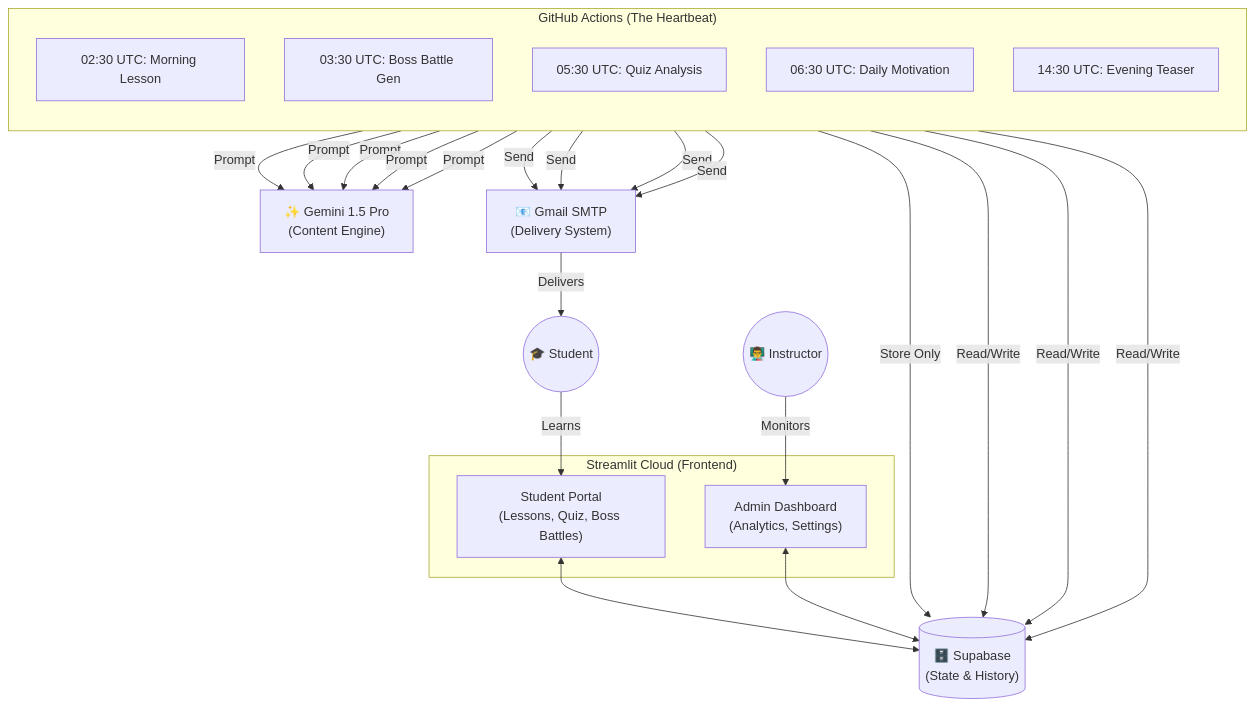
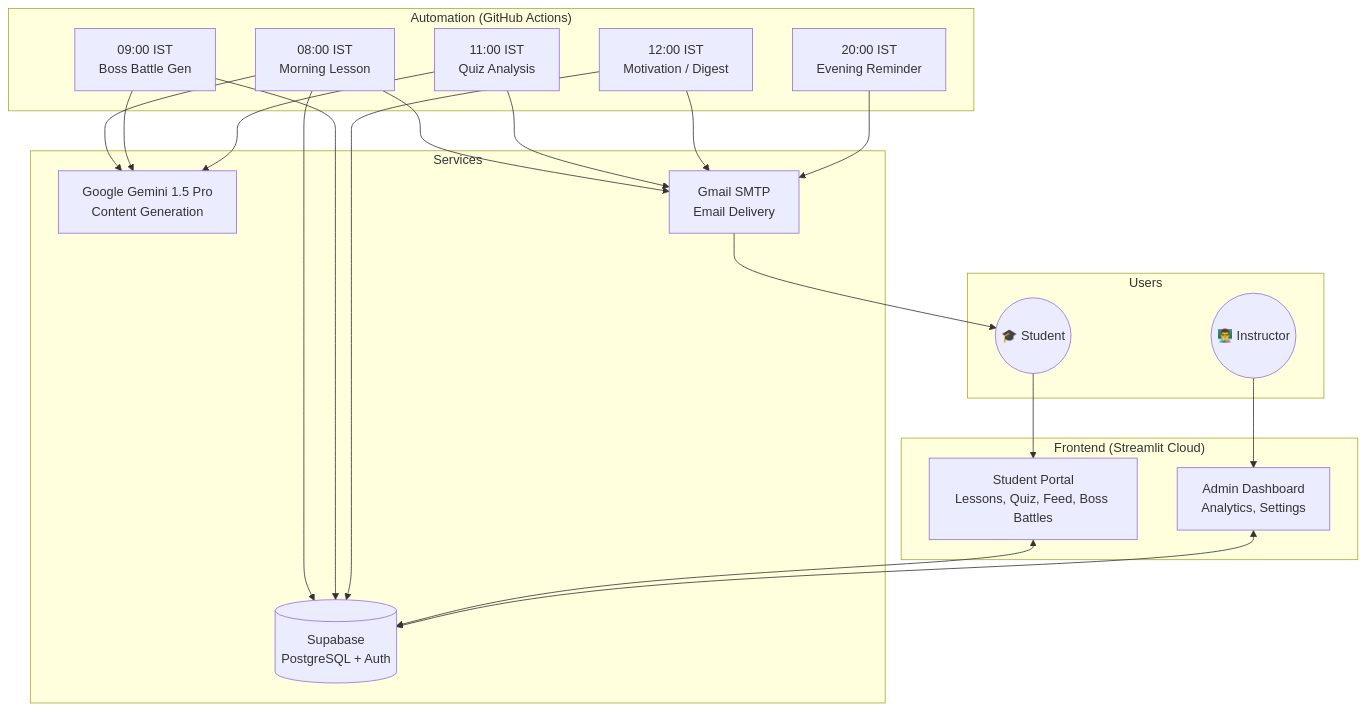
One commit to maahi3793/PyDaily changed the diagram in README.md. Above: the diagram before and after it, drawn with Mermaid. The commit also changed other lines of this file, not shown here.

````diff
--- a/README.md
+++ b/README.md
@@ -26,41 +122,48 @@
 ```mermaid
 graph TD
-    %% Users
-    Student(("🎓 Student"))
-    Admin(("👨‍🏫 Instructor"))
-
-    %% Frontend Layer
-    subgraph "Streamlit Cloud (Frontend)"
-        StudentUI["Student Portal\n(Lessons, Quiz, Boss Battles)"]
-        AdminUI["Admin Dashboard\n(Analytics, Settings)"]
-    end
-    
-    Student -->|Learns| StudentUI
-    Admin -->|Monitors| AdminUI
-
-    %% Backend Automation Layer
-    subgraph "GitHub Actions (The Heartbeat)"
-        direction TB
-        Batch1["02:30 UTC: Morning Lesson"]
-        Batch2["03:30 UTC: Boss Battle Gen"]
-        Batch3["05:30 UTC: Quiz Analysis"]
-        Batch4["06:30 UTC: Daily Motivation"]
-        Batch5["14:30 UTC: Evening Teaser"]
+    subgraph "Users"
+        Student((🎓 Student))
+        Admin((👨‍🏫 Instructor))
     end
 
-    %% Services Layer
-    Gemini["✨ Gemini 1.5 Pro\n(Content Engine)"]
-    SMTP["📧 Gmail SMTP\n(Delivery System)"]
-    DB[("🗄️ Supabase\n(State & History)")]
+    subgraph "Frontend (Streamlit Cloud)"
+        Portal[Student Portal<br/>Lessons, Quiz, Feed, Boss Battles]
+        Dashboard[Admin Dashboard<br/>Analytics, Settings]
+    end
 
-    %% Connections
-    Batch1 & Batch2 & Batch3 & Batch4 & Batch5 -->|Prompt| Gemini
-    Batch1 & Batch3 & Batch4 & Batch5 -->|Send| SMTP
-    Batch2 -->|Store Only| DB
+    subgraph "Automation (GitHub Actions)"
+        Morning[08:00 IST<br/>Morning Lesson]
+        Boss[09:00 IST<br/>Boss Battle Gen]
+        Insights[11:00 IST<br/>Quiz Analysis]
+        Motivation[12:00 IST<br/>Motivation / Digest]
+        Evening[20:00 IST<br/>Evening Reminder]
+    end
+
+    subgraph "Services"
+        Gemini[Google Gemini 1.5 Pro<br/>Content Generation]
+        Gmail[Gmail SMTP<br/>Email Delivery]
+        Supabase[(Supabase<br/>PostgreSQL + Auth)]
+    end
+
+    Student --> Portal
+    Admin --> Dashboard
     
-    %% Data Flow
-    StudentUI <--> DB
-    AdminUI <--> DB
-    Batch1 & Batch2 & Batch3 -->|Read/Write| DB
-    SMTP -->|Delivers| Student
+    Morning --> Gemini
+    Morning --> Gmail
+    Morning --> Supabase
+    
+    Boss --> Gemini
+    Boss --> Supabase
+    
+    Insights --> Gemini
+    Insights --> Gmail
+    
+    Motivation --> Gmail
+    Motivation --> Supabase
+    
+    Evening --> Gmail
+    
+    Portal <--> Supabase
+    Dashboard <--> Supabase
+    Gmail --> Student
 ```
````
